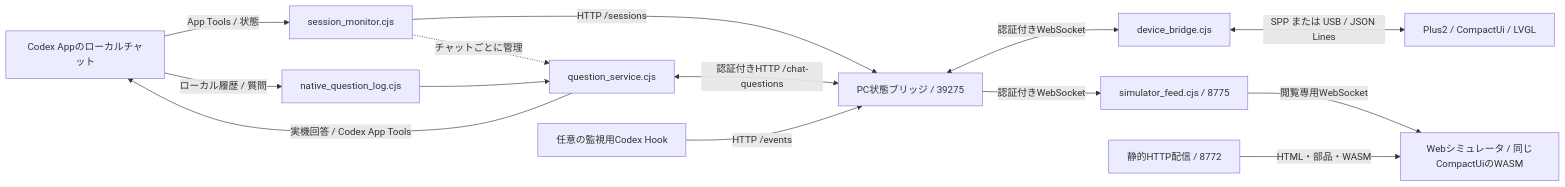
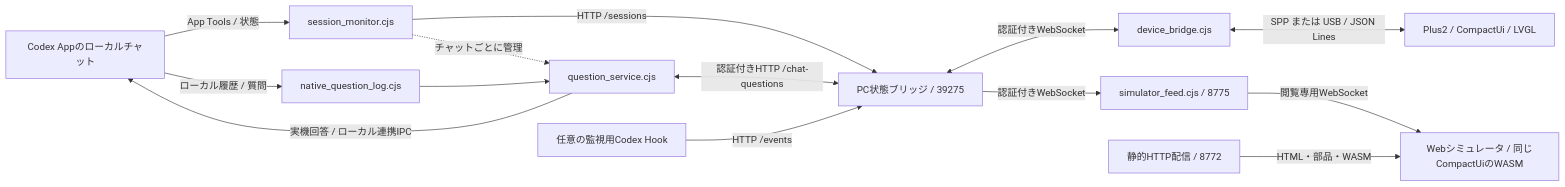
One commit to ThousandsOfTies/GarVibeRemote-M5StickC changed the first of 2 diagrams in docs/DEVICE_CONNECTION.md. Above: the diagram before and after it, drawn with Mermaid. The commit also changed other lines of this file and 10 other files, not shown here.

````diff
--- a/docs/DEVICE_CONNECTION.md
+++ b/docs/DEVICE_CONNECTION.md
@@ -6,16 +6,16 @@
 ```mermaid
 flowchart LR
     App[Codex Appのローカルチャット] -->|App Tools / 状態| Monitor[session_monitor.cjs]
     App -->|ローカル履歴 / 質問| Log[native_question_log.cjs]
     Monitor -->|HTTP /sessions| Status[PC状態ブリッジ / 39275]
     Monitor -.->|チャットごとに管理| Questions[question_service.cjs]
     Log --> Questions
     Questions <-->|認証付きHTTP /chat-questions| Status
-    Questions -->|実機回答 / Codex App Tools| App
+    Questions -->|実機回答 / ローカル連携IPC| App
     Hook[任意の監視用Codex Hook] -->|HTTP /events| Status
     Status <-->|認証付きWebSocket| Device[device_bridge.cjs]
     Device <-->|SPP または USB / JSON Lines| Plus2[Plus2 / CompactUi / LVGL]
     Status -->|認証付きWebSocket| Feed[simulator_feed.cjs / 8775]
     Feed -->|閲覧専用WebSocket| Web[Webシミュレータ / 同じCompactUiのWASM]
     HTTP[静的HTTP配信 / 8772] -->|HTML・部品・WASM| Web
 ```
````
